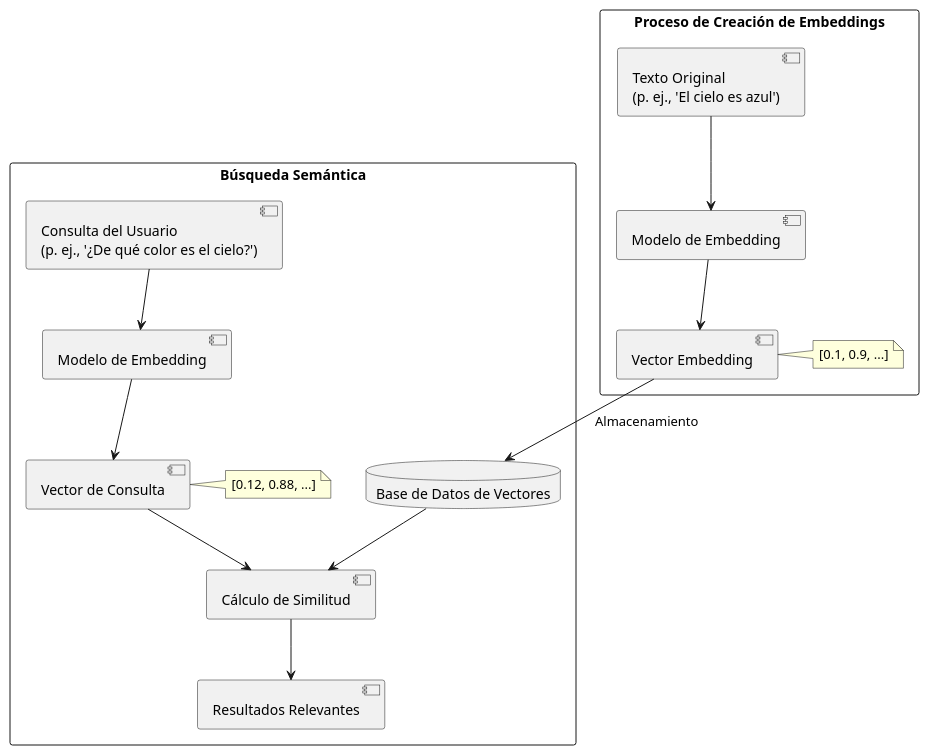
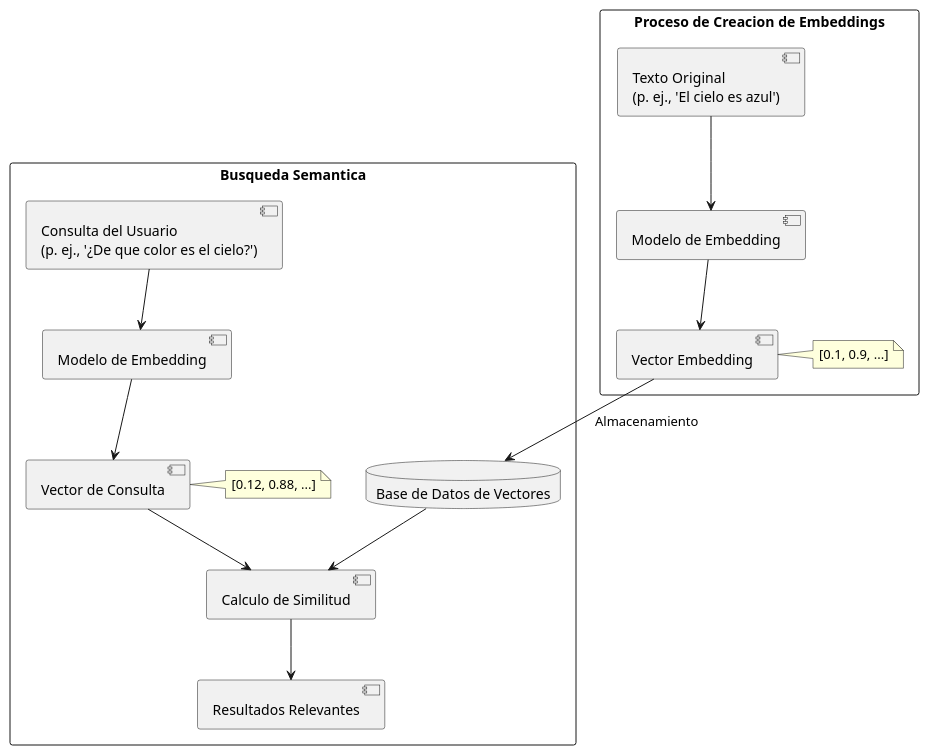
One commit to carloss4dv/langagent changed the diagram in diagrams/embeddings_vectoriales.puml. Above: the diagram before and after it, drawn with PlantUML. The commit also changed 29 other files, not shown here.

```diff
--- a/diagrams/embeddings_vectoriales.puml
+++ b/diagrams/embeddings_vectoriales.puml
@@ -1,34 +1,34 @@
 @startuml
 skinparam packageStyle rect
 
-package "Proceso de Creación de Embeddings" {
+package "Proceso de Creacion de Embeddings" {
   [Texto Original\n(p. ej., 'El cielo es azul')] as Texto
   [Modelo de Embedding] as ModeloEmbedding1
   [Vector Embedding] as VectorEmbedding
   note right of VectorEmbedding : [0.1, 0.9, ...]
 
   Texto --> ModeloEmbedding1
   ModeloEmbedding1 --> VectorEmbedding
 }
 
-package "Búsqueda Semántica" {
-  [Consulta del Usuario\n(p. ej., '¿De qué color es el cielo?')] as Consulta
+package "Busqueda Semantica" {
+  [Consulta del Usuario\n(p. ej., '¿De que color es el cielo?')] as Consulta
   [Modelo de Embedding] as ModeloEmbedding2
   [Vector de Consulta] as VectorConsulta
   note right of VectorConsulta : [0.12, 0.88, ...]
   database "Base de Datos de Vectores" as DBVectores
-  [Cálculo de Similitud] as Similitud
+  [Calculo de Similitud] as Similitud
   [Resultados Relevantes] as Resultados
 
   Consulta --> ModeloEmbedding2
   ModeloEmbedding2 --> VectorConsulta
   
   VectorConsulta --> Similitud
   DBVectores --> Similitud
   Similitud --> Resultados
 }
 
 ' El vector generado se almacena en la base de datos
 VectorEmbedding --> DBVectores : Almacenamiento
 
 @enduml
```
